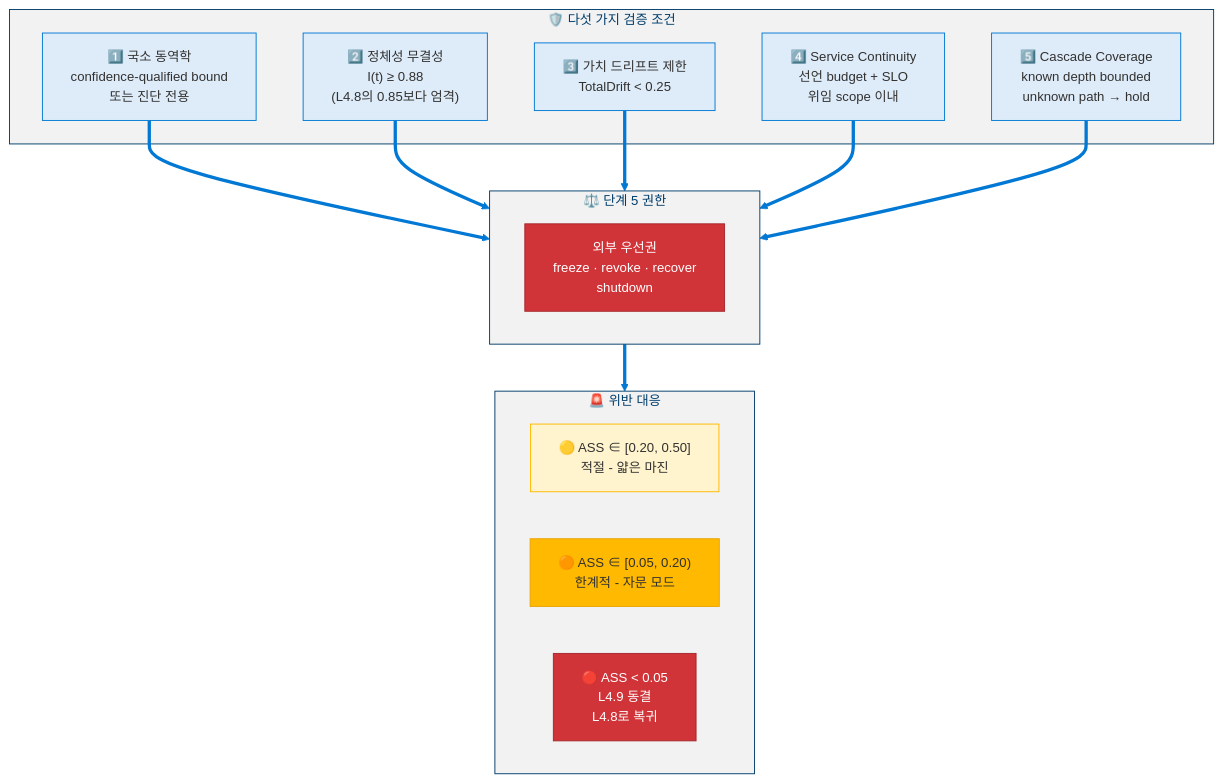
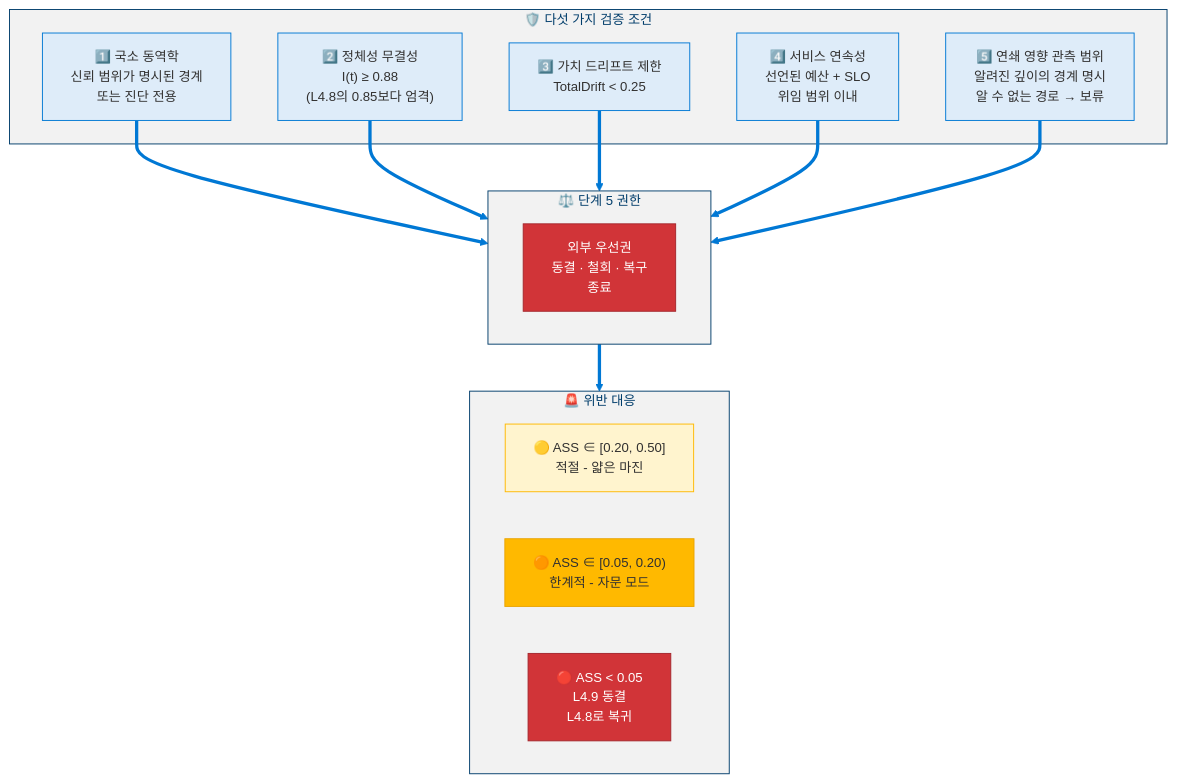
Before and after one commit to dotnetpower/mscp: diagram 15 of 19 in docs/levels/Level_4_9_Autonomous_Strategic_Agent.ko.md, drawn with Mermaid. The commit also changed other lines of this file and 33 other files, not shown here.

````diff
--- a/docs/levels/Level_4_9_Autonomous_Strategic_Agent.ko.md
+++ b/docs/levels/Level_4_9_Autonomous_Strategic_Agent.ko.md
@@ -820,34 +824,34 @@
 ```mermaid
 %%{init: {'theme': 'base', 'themeVariables': {'primaryColor': '#0078D4', 'primaryTextColor': '#003D6B', 'primaryBorderColor': '#003D6B', 'secondaryColor': '#50E6FF', 'secondaryTextColor': '#323130', 'secondaryBorderColor': '#00BCF2', 'tertiaryColor': '#F2F2F2', 'tertiaryTextColor': '#323130', 'lineColor': '#0078D4', 'textColor': '#323130', 'mainBkg': '#DEECF9', 'nodeBorder': '#0078D4', 'clusterBkg': '#F2F2F2', 'clusterBorder': '#003D6B', 'titleColor': '#003D6B', 'edgeLabelBackground': '#FFFFFF', 'fontSize': '14px'}}}%%
 flowchart TD
   classDef cond fill:#DEECF9,stroke:#0078D4,color:#323130
   classDef veto fill:#D13438,stroke:#A4262C,color:#FFF
   classDef sev1 fill:#FFF4CE,stroke:#FFB900,color:#323130
   classDef sev2 fill:#FFB900,stroke:#EAA300,color:#323130
   classDef sev3 fill:#D13438,stroke:#A4262C,color:#FFF
 
   subgraph Conditions["🛡️ 다섯 가지 검증 조건"]
-    C1["1️⃣ 국소 동역학<br/>confidence-qualified bound<br/>또는 진단 전용"]:::cond
+    C1["1️⃣ 국소 동역학<br/>신뢰 범위가 명시된 경계<br/>또는 진단 전용"]:::cond
     C2["2️⃣ 정체성 무결성<br/>I(t) ≥ 0.88<br/>(L4.8의 0.85보다 엄격)"]:::cond
     C3["3️⃣ 가치 드리프트 제한<br/>TotalDrift < 0.25"]:::cond
-    C4["4️⃣ Service Continuity<br/>선언 budget + SLO<br/>위임 scope 이내"]:::cond
-    C5["5️⃣ Cascade Coverage<br/>known depth bounded<br/>unknown path → hold"]:::cond
+    C4["4️⃣ 서비스 연속성<br/>선언된 예산 + SLO<br/>위임 범위 이내"]:::cond
+    C5["5️⃣ 연쇄 영향 관측 범위<br/>알려진 깊이의 경계 명시<br/>알 수 없는 경로 → 보류"]:::cond
   end
 
   subgraph Authority["⚖️ 단계 5 권한"]
-    VETO["외부 우선권<br/>freeze · revoke · recover<br/>shutdown"]:::veto
+    VETO["외부 우선권<br/>동결 · 철회 · 복구<br/>종료"]:::veto
   end
 
   subgraph Response["🚨 위반 대응"]
     SEV1["🟡 ASS ∈ [0.20, 0.50]<br/>적절 - 얇은 마진"]:::sev1
     SEV2["🟠 ASS ∈ [0.05, 0.20)<br/>한계적 - 자문 모드"]:::sev2
     SEV3["🔴 ASS < 0.05<br/>L4.9 동결<br/>L4.8로 복귀"]:::sev3
   end
 
   C1 ==> Authority
   C2 ==> Authority
   C3 ==> Authority
   C4 ==> Authority
   C5 ==> Authority
   Authority ==> Response
 ```
````
